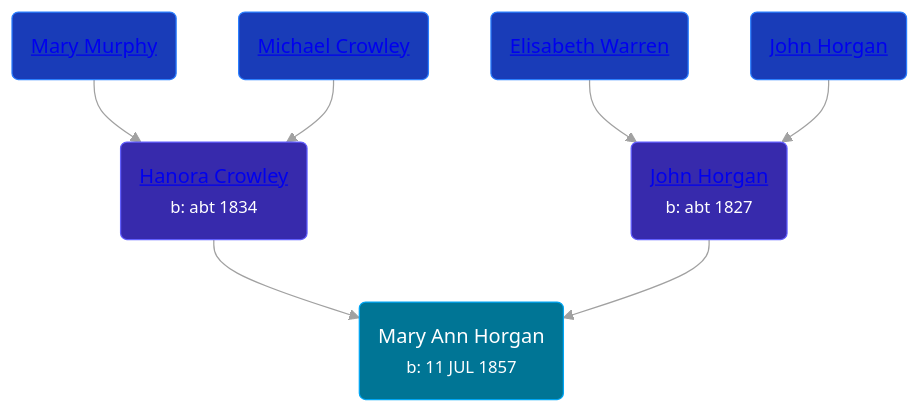
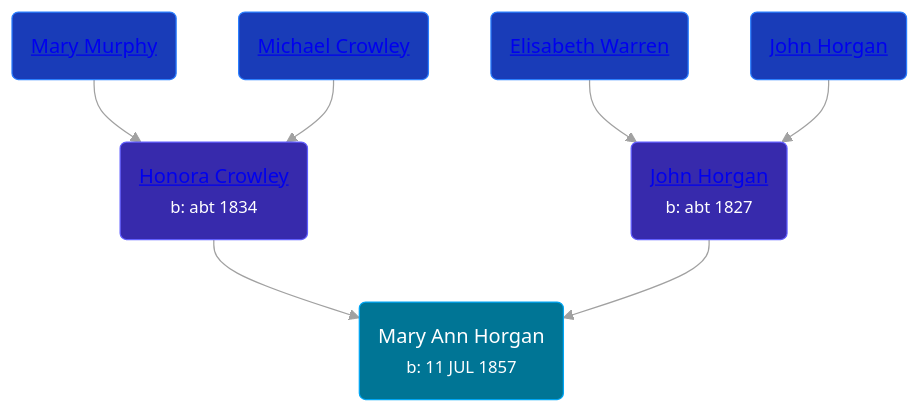
One commit to wpmgotkh/wpmgotkh.github.io changed the diagram in pages/people/9/90749846.md. Above: the diagram before and after it, drawn with Mermaid (base theme). The commit also changed other lines of this file and 257 other files, not shown here.

````diff
--- a/pages/people/9/90749846.md
+++ b/pages/people/9/90749846.md
@@ -11,14 +11,14 @@
 ```mermaid
 graph
 classDef grands fill:#193cb8,stroke:#2b7fff,stroke-width:1px,color:#fff;
 classDef parents fill:#372aac,stroke:#615fff,stroke-width:1px,color:#fff;
 classDef primary fill:#007595,stroke:#00a6f4,stroke-width:1px,color:#fff;
 90749846(Mary Ann Horgan<br /><small>b: 11 JUL 1857</small>):::primary
-72193795(<a class="text-white" href="/people/7/72193795">Hanora Crowley</a><br /><small>b: abt 1834</small>):::parents-->90749846
+72193795(<a class="text-white" href="/people/7/72193795">Honora Crowley</a><br /><small>b: abt 1834</small>):::parents-->90749846
 62618528(<a class="text-white" href="/people/6/62618528">Mary Murphy</a>):::grands-->72193795
 58336236(<a class="text-white" href="/people/5/58336236">Michael Crowley</a>):::grands-->72193795
 54161773(<a class="text-white" href="/people/5/54161773">John Horgan</a><br /><small>b: abt 1827</small>):::parents-->90749846
 68775768(<a class="text-white" href="/people/6/68775768">Elisabeth Warren</a>):::grands-->54161773
 42410084(<a class="text-white" href="/people/4/42410084">John Horgan</a>):::grands-->54161773
 linkStyle default stroke:#a1a1a1
 ```
````
